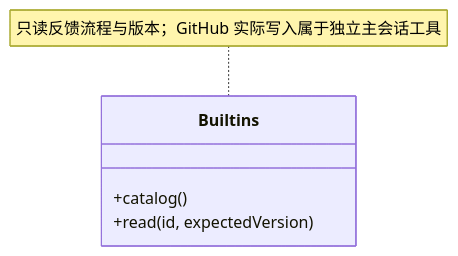
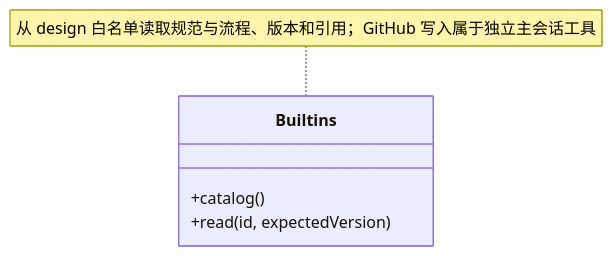
One commit to nan023062/cbim changed diagram 32 of 32 in src/backend/core/knowledge/ARCHITECTURE.md. Above: the diagram before and after it, drawn with Mermaid. The commit also changed other lines of this file and 93 other files, not shown here.

````diff
--- a/src/backend/core/knowledge/ARCHITECTURE.md
+++ b/src/backend/core/knowledge/ARCHITECTURE.md
@@ -767,8 +769,8 @@
 ```mermaid
 classDiagram
 class Builtins {
   +catalog()
   +read(id, expectedVersion)
 }
-note for Builtins "只读反馈流程与版本；GitHub 实际写入属于独立主会话工具"
+note for Builtins "从 design 白名单读取规范与流程、版本和引用；GitHub 写入属于独立主会话工具"
 ```
````
